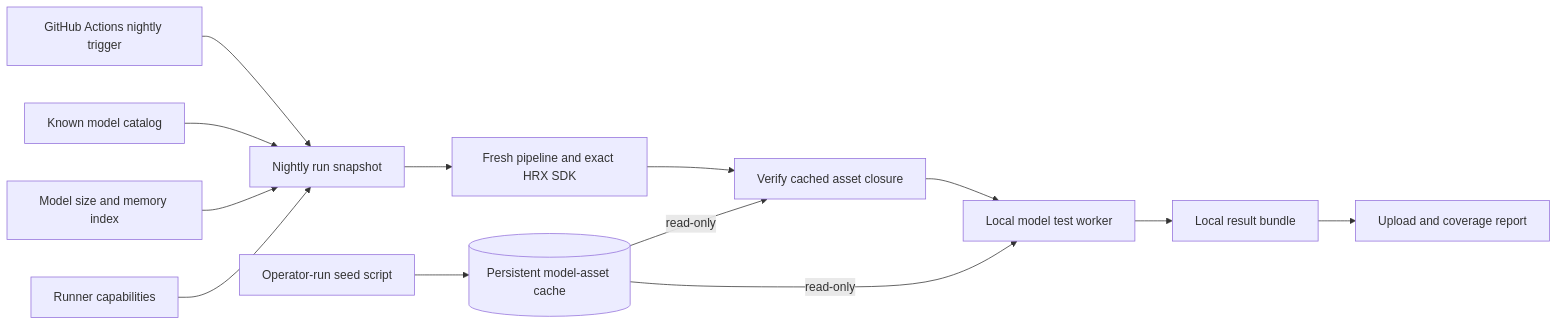
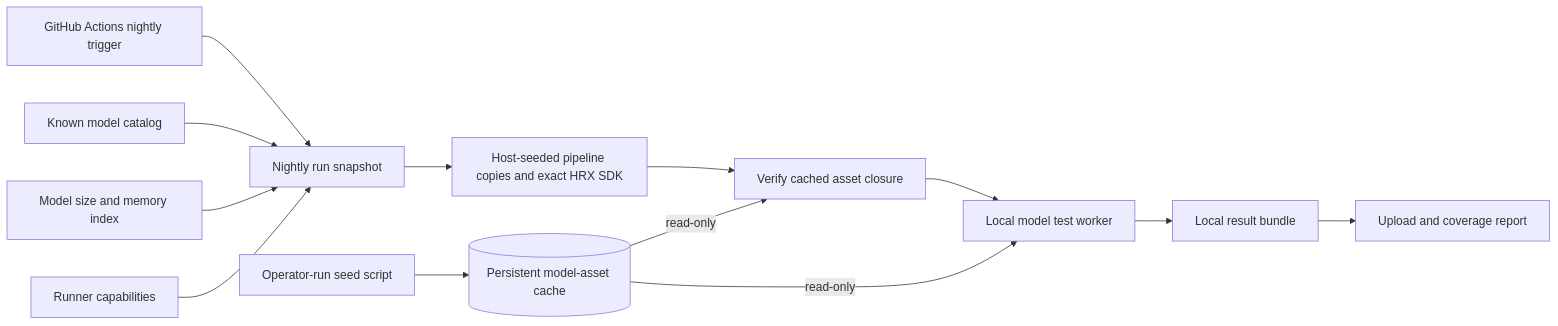
One commit to rsuderman/hrx-systems-test changed the diagram in docs/design.md. Above: the diagram before and after it, drawn with Mermaid. The commit also changed other lines of this file and 27 other files, not shown here.

Commit message:
Use host-seeded pipeline cache for offline preparation

````diff
--- a/docs/design.md
+++ b/docs/design.md
@@ -78,15 +78,15 @@
 ```mermaid
 flowchart LR
     GitHub[GitHub Actions nightly trigger] --> Plan
     Catalog[Known model catalog] --> Plan[Nightly run snapshot]
     Sizes[Model size and memory index] --> Plan
     Capacity[Runner capabilities] --> Plan
     Operator[Operator-run seed script] --> Cache[(Persistent model-asset cache)]
-    Plan --> Inputs[Fresh pipeline and exact HRX SDK]
+    Plan --> Inputs[Host-seeded pipeline copies and exact HRX SDK]
     Inputs --> Verify[Verify cached asset closure]
     Cache -->|read-only| Verify
     Verify --> Worker[Local model test worker]
     Cache -->|read-only| Worker
     Worker --> Results[Local result bundle]
     Results --> Publish[Upload and coverage report]
 ```
````
